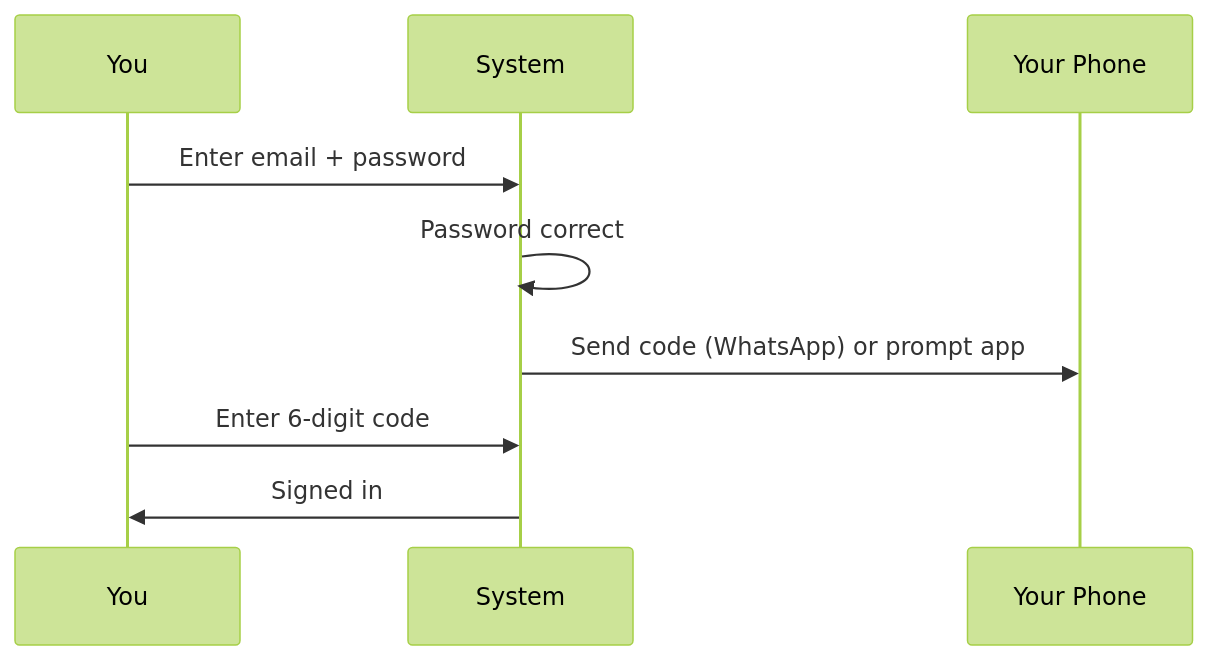
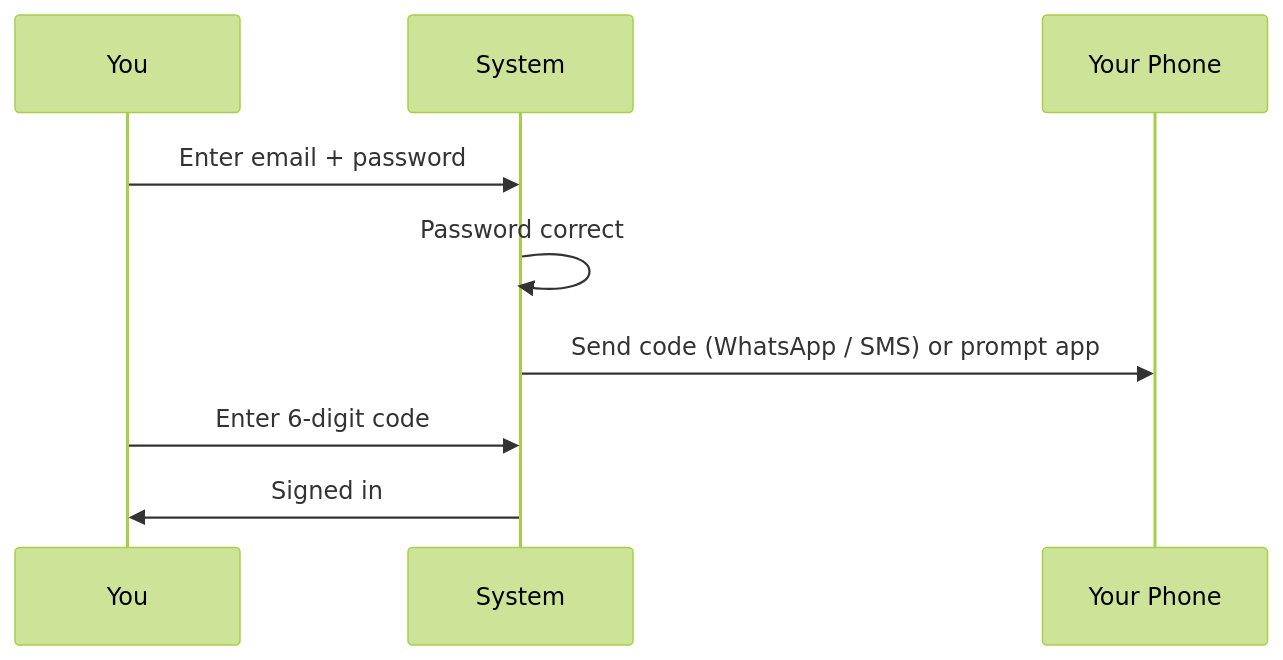
One commit to sampadadiwan/IRM_CompanyMain changed the first of 3 diagrams in docs/user_guides/two_factor_authentication_user_guide.md. Above: the diagram before and after it, drawn with Mermaid (forest theme). The commit also changed other lines of this file and 135 other files, not shown here.

````diff
--- a/docs/user_guides/two_factor_authentication_user_guide.md
+++ b/docs/user_guides/two_factor_authentication_user_guide.md
@@ -28,12 +31,12 @@
 ```mermaid
 sequenceDiagram
     participant U as You
     participant S as System
     participant P as Your Phone
 
     U->>S: Enter email + password
     S->>S: Password correct
-    S->>P: Send code (WhatsApp) or prompt app
+    S->>P: Send code (WhatsApp / SMS) or prompt app
     U->>S: Enter 6-digit code
     S->>U: Signed in
 ```
````
